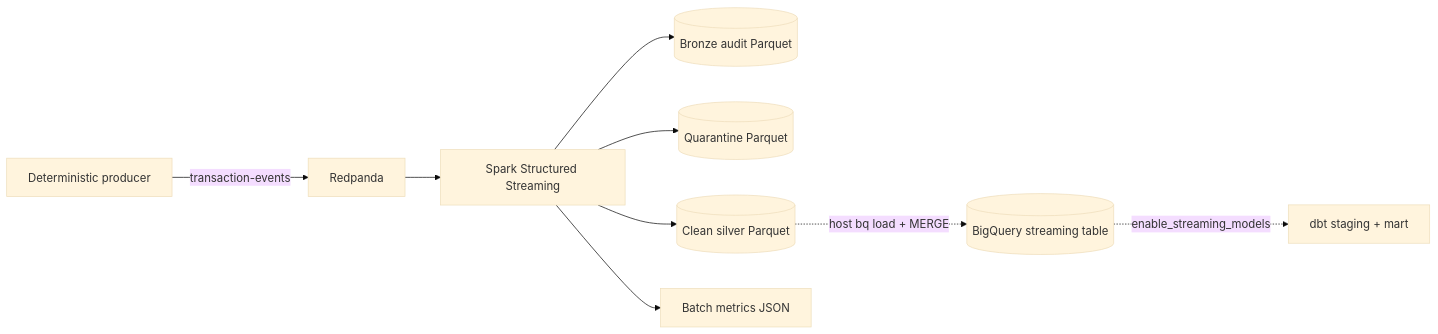
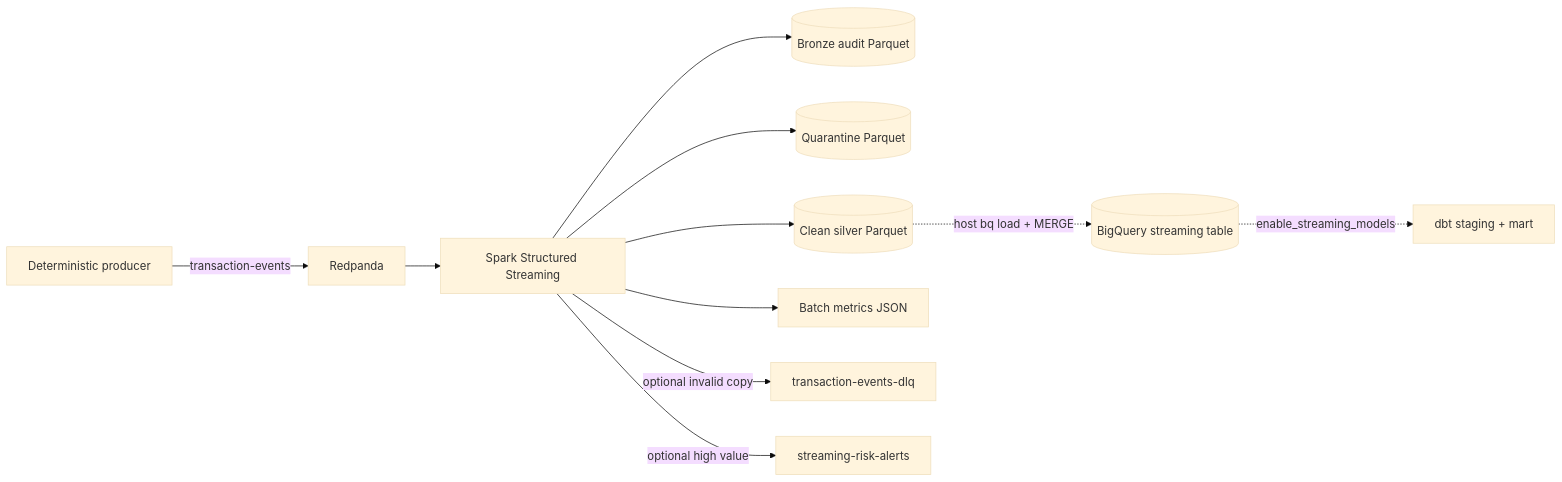
One commit to Harsh06001/financial-risk-data-platform changed the diagram in docs/23-streaming-pipeline.md. Above: the diagram before and after it, drawn with Mermaid (base theme). The commit also changed other lines of this file and 54 other files, not shown here.

````diff
--- a/docs/23-streaming-pipeline.md
+++ b/docs/23-streaming-pipeline.md
@@ -5,11 +5,13 @@
 ```mermaid
 flowchart LR
     P[Deterministic producer] -->|transaction-events| R[Redpanda]
     R --> S[Spark Structured Streaming]
     S --> B[(Bronze audit Parquet)]
     S --> Q[(Quarantine Parquet)]
     S --> C[(Clean silver Parquet)]
     S --> M[Batch metrics JSON]
+    S -->|optional invalid copy| DLQ[transaction-events-dlq]
+    S -->|optional high value| RA[streaming-risk-alerts]
     C -. host bq load + MERGE .-> W[(BigQuery streaming table)]
     W -. enable_streaming_models .-> D[dbt staging + mart]
 ```
````
